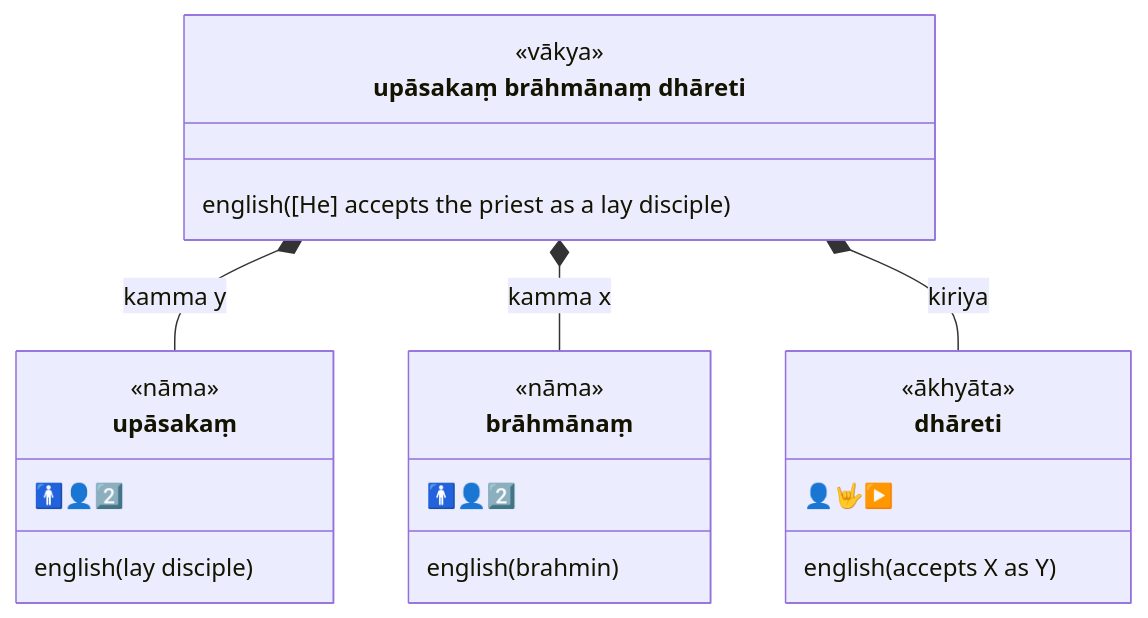
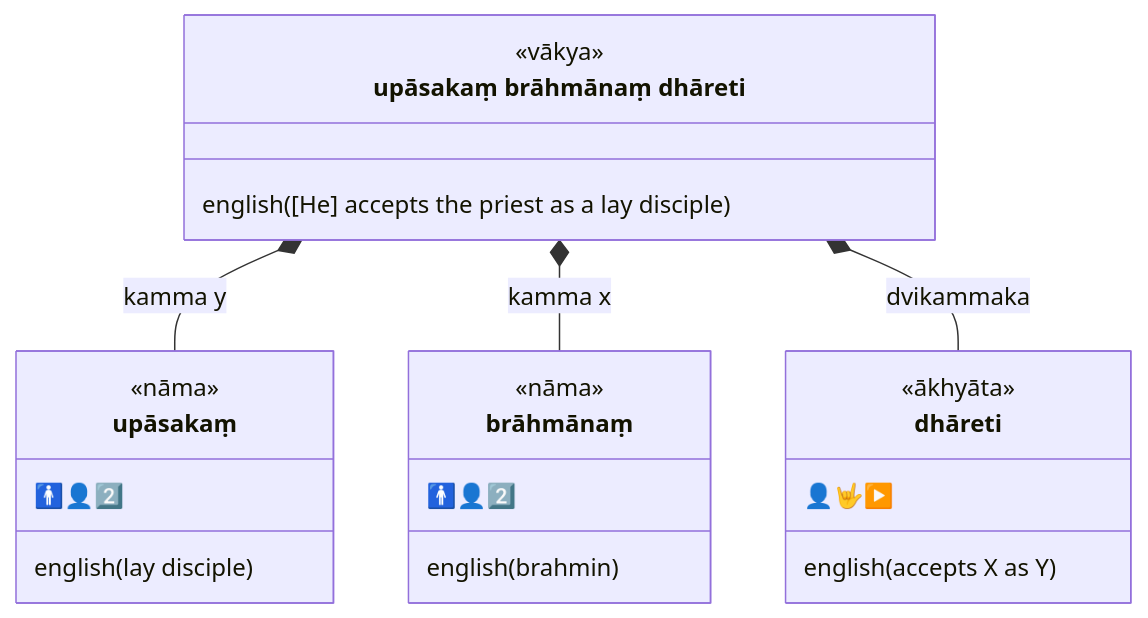
One commit to ChristineTham/buddhavacana changed the fourth of 43 diagrams in content/en/docs/Pali/sentences.md. Above: the diagram before and after it, drawn with Mermaid. The commit also changed other lines of this file and 4 other files, not shown here.

````diff
--- a/content/en/docs/Pali/sentences.md
+++ b/content/en/docs/Pali/sentences.md
@@ -134,25 +139,25 @@
 ```mermaid
 classDiagram
   class sentence["upāsakaṃ brāhmānaṃ dhāreti"] {
     <<vākya>>
     english([He] accepts the priest as a lay disciple)
   }
   class upāsakaṃ {
     <<nāma>>
     🚹👤2️⃣
     english(lay disciple)
   }
   class brāhmānaṃ {
     <<nāma>>
     🚹👤2️⃣
     english(brahmin)
   }
   class dhāreti {
     <<ākhyāta>>
      👤🤟▶️
     english(accepts X as Y)
   }
   sentence *-- upāsakaṃ : kamma y
   sentence *-- brāhmānaṃ : kamma x
-  sentence *-- dhāreti: kiriya
+  sentence *-- dhāreti: dvikammaka
 ```
````
